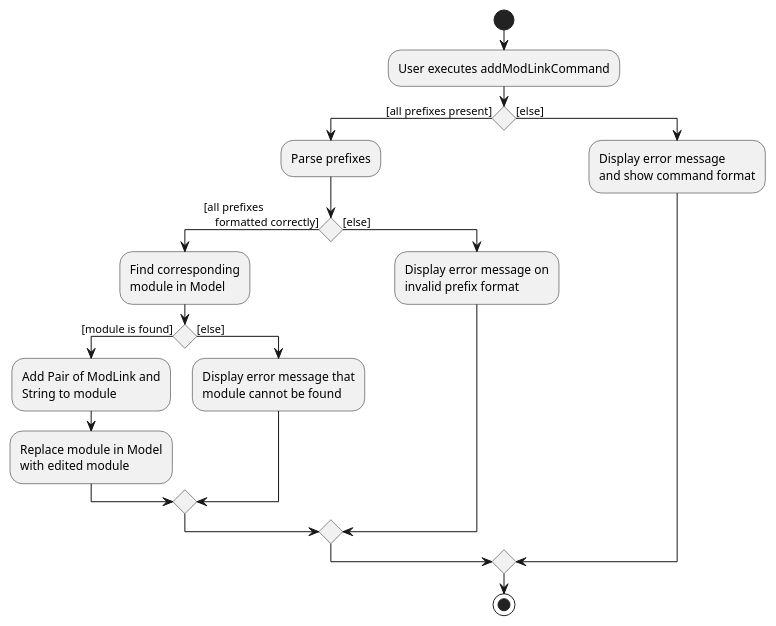
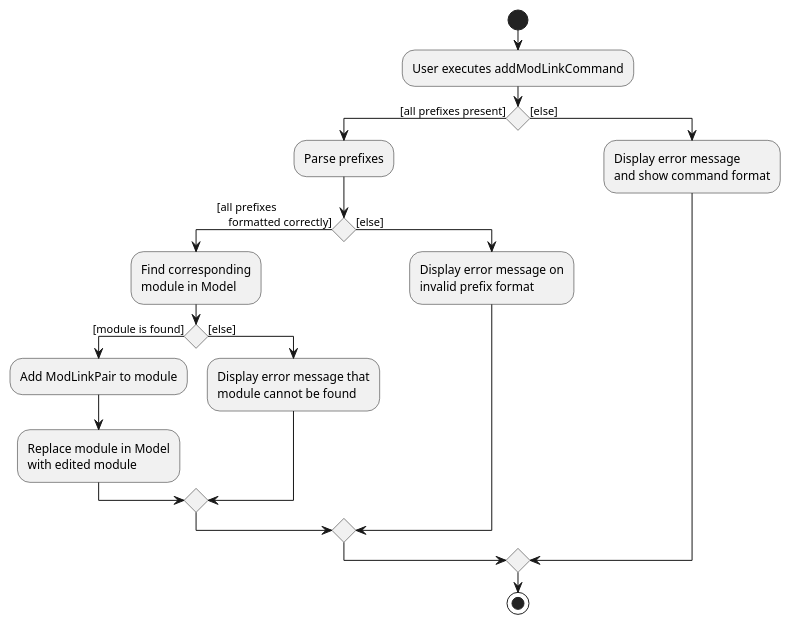
The diagram in docs/diagrams/AddModLinkActivityDiagram.puml (suwoons/main), drawn with PlantUML before and after one commit. The commit also changed 10 other files, not shown here.

```diff
--- a/docs/diagrams/AddModLinkActivityDiagram.puml
+++ b/docs/diagrams/AddModLinkActivityDiagram.puml
@@ -1,32 +1,31 @@
 @startuml
 start
 :User executes addModLinkCommand;
 
 'Since the beta syntax does not support placing the condition outside the
 'diamond we place it as the true branch instead.
 
 if () then ([all prefixes present])
     :Parse prefixes;
     if () then ([all prefixes
     formatted correctly])
         :Find corresponding
         module in Model;
         if () then ([module is found])
-            :Add Pair of ModLink and
-            String to module;
+            :Add ModLinkPair to module;
             :Replace module in Model
             with edited module;
         else ([else])
             :Display error message that
             module cannot be found;
         endif
     else ([else])
         :Display error message on
         invalid prefix format;
     endif
 else ([else])
     :Display error message
     and show command format;
 endif
 stop
 @enduml
```
